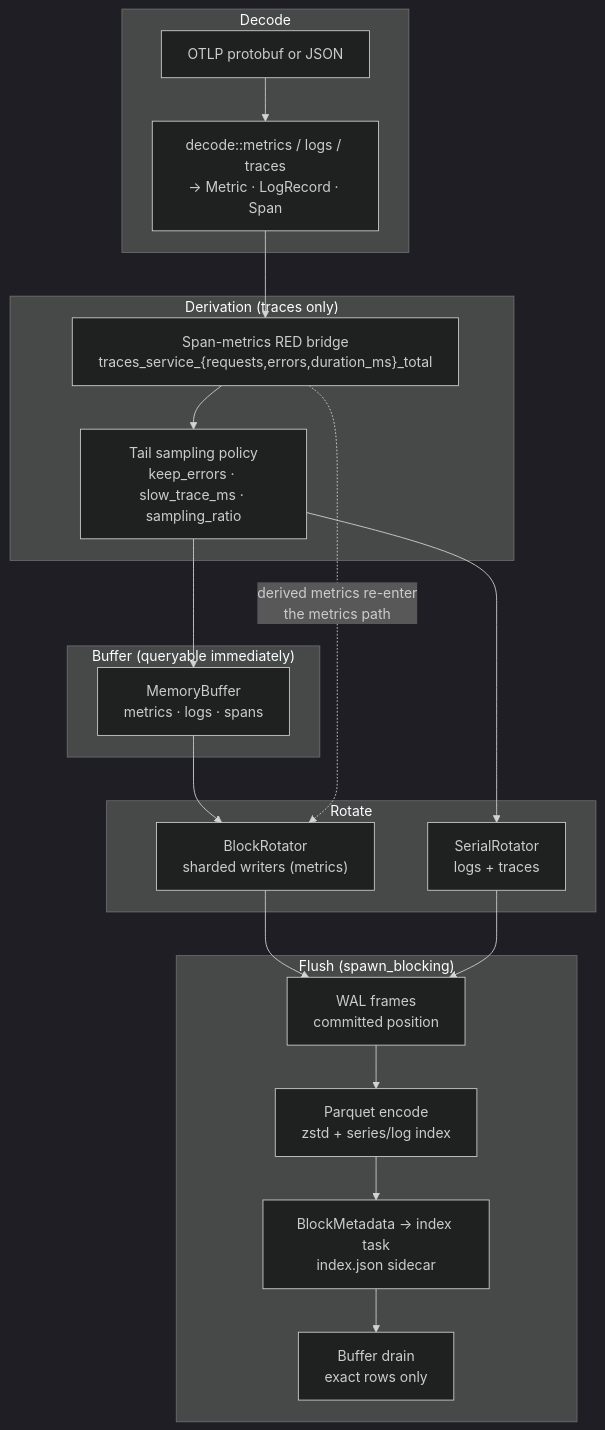
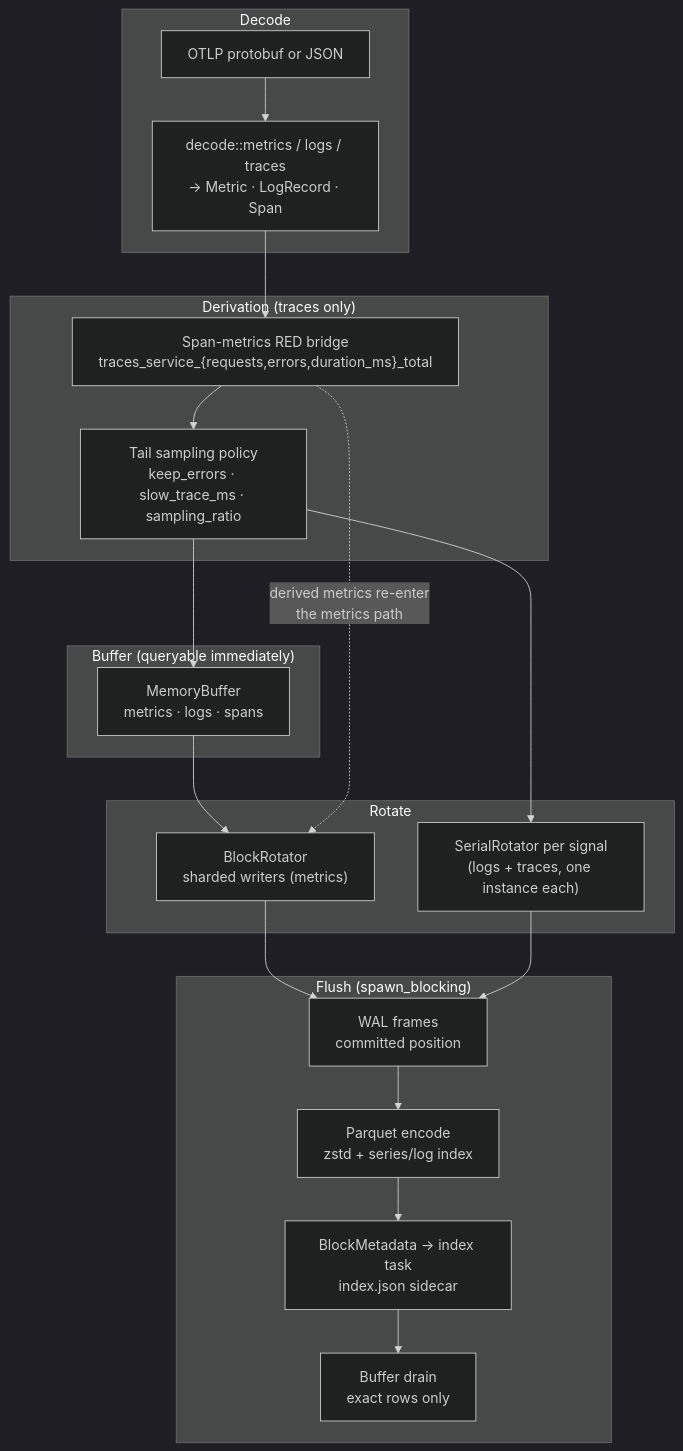
Before and after one commit to parqtel/parqtel-oss: the fifth of 9 diagrams in docs/development/architecture.md, drawn with Mermaid (dark theme).

Commit message:
docs: label the per-signal SerialRotator instances in the ingestion diagram
The ingestion-flow diagram grouped both rotator instances under one label;
they are two instances of the same generic type (one flush in flight each).

````diff
--- a/docs/development/architecture.md
+++ b/docs/development/architecture.md
@@ -258,34 +258,34 @@
 ```mermaid
 flowchart TB
     subgraph decode["Decode"]
         D1["OTLP protobuf or JSON"]
         D2["decode::metrics / logs / traces<br/>→ Metric · LogRecord · Span"]
     end
 
     subgraph derive["Derivation (traces only)"]
         D3["Span-metrics RED bridge<br/>traces_service_{requests,errors,duration_ms}_total"]
         D4["Tail sampling policy<br/>keep_errors · slow_trace_ms · sampling_ratio"]
     end
 
     subgraph buffer["Buffer (queryable immediately)"]
         B1["MemoryBuffer<br/>metrics · logs · spans"]
     end
 
     subgraph rotate["Rotate"]
         R1["BlockRotator<br/>sharded writers (metrics)"]
-        R2["SerialRotator<br/>logs + traces"]
+        R2["SerialRotator per signal<br/>(logs + traces, one instance each)"]
     end
 
     subgraph flush["Flush (spawn_blocking)"]
         F1["WAL frames<br/>committed position"]
         F2["Parquet encode<br/>zstd + series/log index"]
         F3["BlockMetadata → index task<br/>index.json sidecar"]
         F4["Buffer drain<br/>exact rows only"]
     end
 
     D1 --> D2 --> D3 --> D4 --> B1 --> R1
     D3 -.->|"derived metrics re-enter<br/>the metrics path"| R1
     D4 --> R2
     R1 --> F1 --> F2 --> F3 --> F4
     R2 --> F1
 ```
````
